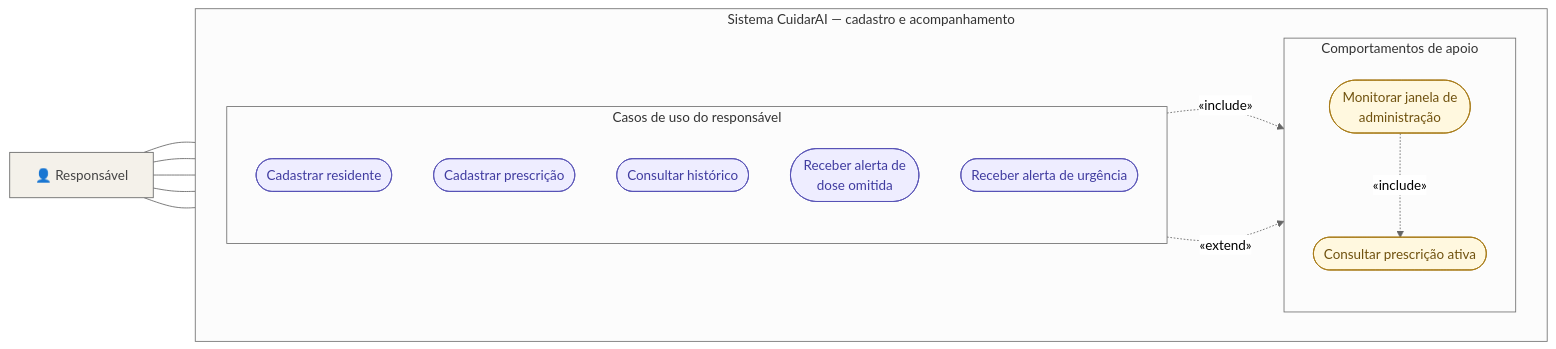
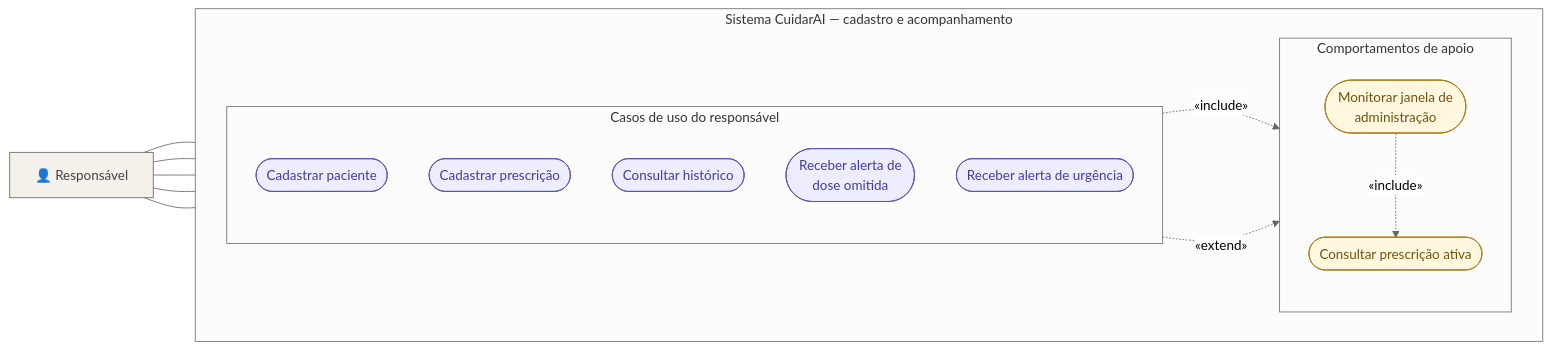
Diagram 25 of 26 in diagramas-mermaid.md (jaimejcs/CuidarAI), drawn with Mermaid (neutral theme) before and after one commit. The commit also changed other lines of this file and 20 other files, not shown here.

````diff
--- a/diagramas-mermaid.md
+++ b/diagramas-mermaid.md
@@ -380,37 +667,37 @@
 ```mermaid
 flowchart LR
     RESPONSAVEL["👤 Responsável"]
 
     subgraph SISTEMA["Sistema CuidarAI — cadastro e acompanhamento"]
         direction LR
         subgraph PRINCIPAIS["Casos de uso do responsável"]
             direction TB
-            UC_CAD_RES([Cadastrar residente])
+            UC_CAD_RES([Cadastrar paciente])
             UC_CAD_PRESC([Cadastrar prescrição])
             UC_HIST([Consultar histórico])
             UC_ALERTA_OMISSA([Receber alerta de<br/>dose omitida])
             UC_ALERTA_URG([Receber alerta de urgência])
         end
         subgraph APOIO_RESP["Comportamentos de apoio"]
             direction TB
             UC_MONITORAR([Monitorar janela de<br/>administração])
             UC_CONS_PRESC([Consultar prescrição ativa])
         end
     end
 
     RESPONSAVEL --- UC_CAD_RES
     RESPONSAVEL --- UC_CAD_PRESC
     RESPONSAVEL --- UC_HIST
     RESPONSAVEL --- UC_ALERTA_OMISSA
     RESPONSAVEL --- UC_ALERTA_URG
     UC_CAD_PRESC -. "«include»" .-> UC_CONS_PRESC
     UC_ALERTA_OMISSA -. "«extend»" .-> UC_MONITORAR
     UC_MONITORAR -. "«include»" .-> UC_CONS_PRESC
 
     classDef actor fill:#f4f1ea,stroke:#666,color:#444,stroke-width:1px;
     classDef management fill:#eeedff,stroke:#5651b5,color:#403ca0;
     classDef support fill:#fff8df,stroke:#a77a16,color:#70520f;
     class RESPONSAVEL actor;
     class UC_CAD_RES,UC_CAD_PRESC,UC_HIST,UC_ALERTA_OMISSA,UC_ALERTA_URG management;
     class UC_MONITORAR,UC_CONS_PRESC support;
 ```
````
